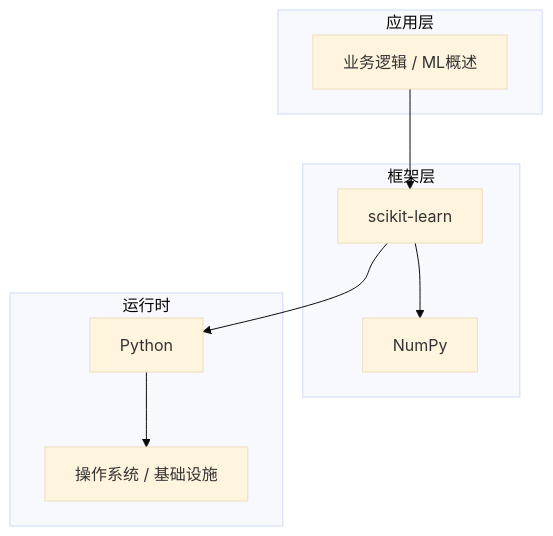
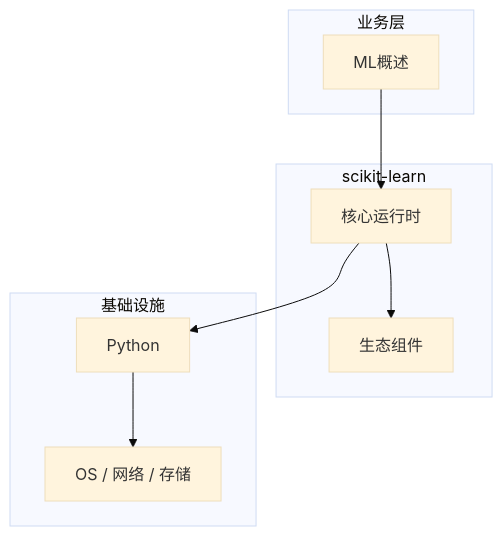
One commit to yanggan2015/knowledge-json-v2 changed the diagram in articles/机器学习/chapters/001-ML概述核心概念与原理.md. Above: the diagram before and after it, drawn with Mermaid (base theme). The commit also changed other lines of this file and 10127 other files, not shown here.

````diff
--- a/articles/机器学习/chapters/001-ML概述核心概念与原理.md
+++ b/articles/机器学习/chapters/001-ML概述核心概念与原理.md
@@ -45,18 +30,18 @@
 ```mermaid
 graph TB
-    subgraph 应用层
-        A[业务逻辑 / ML概述]
+    subgraph 业务层
+        A[ML概述]
     end
-    subgraph 框架层
-        B[scikit-learn]
-        C[NumPy]
+    subgraph scikit-learn
+        B[核心运行时]
+        C[生态组件]
     end
-    subgraph 运行时
+    subgraph 基础设施
         D[Python]
-        E[操作系统 / 基础设施]
+        E[OS / 网络 / 存储]
     end
     A --> B
     B --> C
     B --> D
     D --> E
 ```
````
